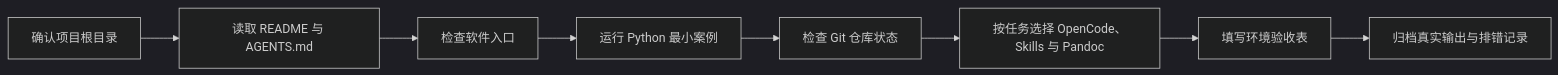
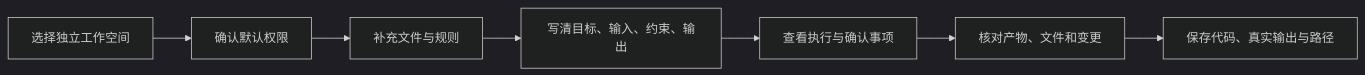
One commit to luvega/AI_MED_DataVis changed the first of 2 diagrams in docs/chapters/chapter-2/index.md. Above: the diagram before and after it, drawn with Mermaid (dark theme). The commit also changed other lines of this file and 16 other files, not shown here.

````diff
--- a/docs/chapters/chapter-2/index.md
+++ b/docs/chapters/chapter-2/index.md
@@ -52,10 +44,9 @@
 ```mermaid
 flowchart LR
-  A["确认项目根目录"] --> B["读取 README 与 AGENTS.md"]
-  B --> C["检查软件入口"]
-  C --> D["运行 Python 最小案例"]
-  D --> E["检查 Git 仓库状态"]
-  E --> F["按任务选择 OpenCode、Skills 与 Pandoc"]
-  F --> G["填写环境验收表"]
-  G --> H["归档真实输出与排错记录"]
+  A["选择独立工作空间"] --> B["确认默认权限"]
+  B --> C["补充文件与规则"]
+  C --> D["写清目标、输入、约束、输出"]
+  D --> E["查看执行与确认事项"]
+  E --> F["核对产物、文件和变更"]
+  F --> G["保存代码、真实输出与路径"]
 ```
````
